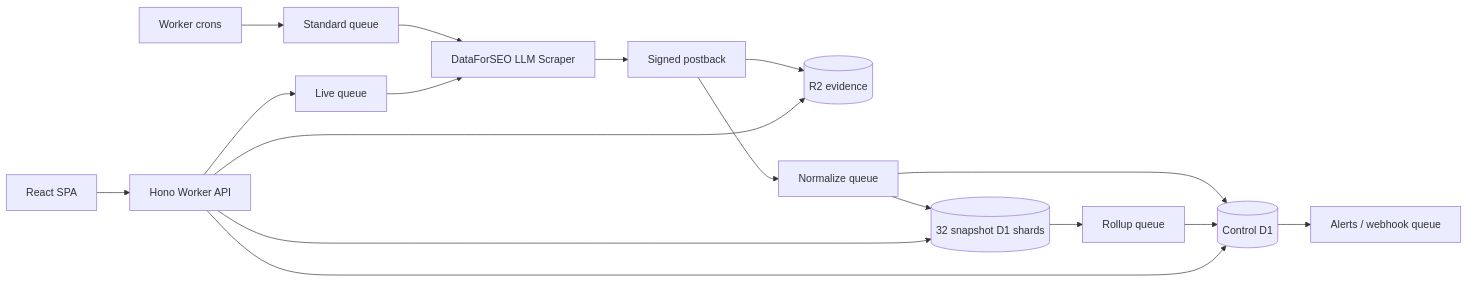
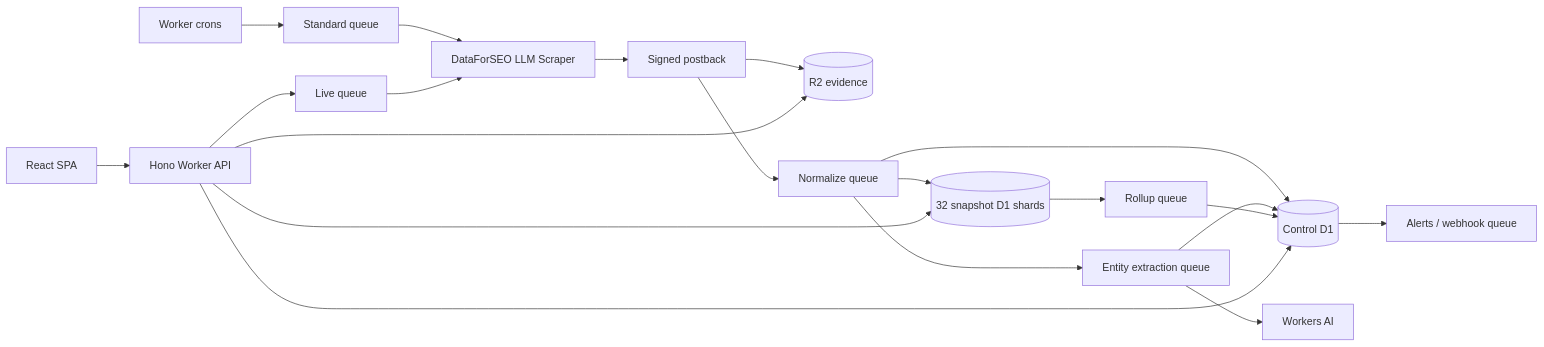
The diagram in README.md (GetBelki/belki), drawn with Mermaid before and after one commit. The commit also changed other lines of this file and 25 other files, not shown here.

Commit message:
Add response entity extraction (#9)

````diff
--- a/README.md
+++ b/README.md
@@ -35,19 +39,22 @@
 ```mermaid
 flowchart LR
   UI[React SPA] --> API[Hono Worker API]
   Cron[Worker crons] --> SQ[Standard queue]
   API --> LQ[Live queue]
   SQ --> DFS[DataForSEO LLM Scraper]
   LQ --> DFS
   DFS --> Hook[Signed postback]
   Hook --> R2[(R2 evidence)]
   Hook --> NQ[Normalize queue]
   NQ --> Shards[(32 snapshot D1 shards)]
   NQ --> Control[(Control D1)]
+  NQ --> EQ[Entity extraction queue]
+  EQ --> WAI[Workers AI]
+  EQ --> Control
   Shards --> RQ[Rollup queue]
   RQ --> Control
   Control --> Alerts[Alerts / webhook queue]
   API --> Control
   API --> Shards
   API --> R2
 ```
````
